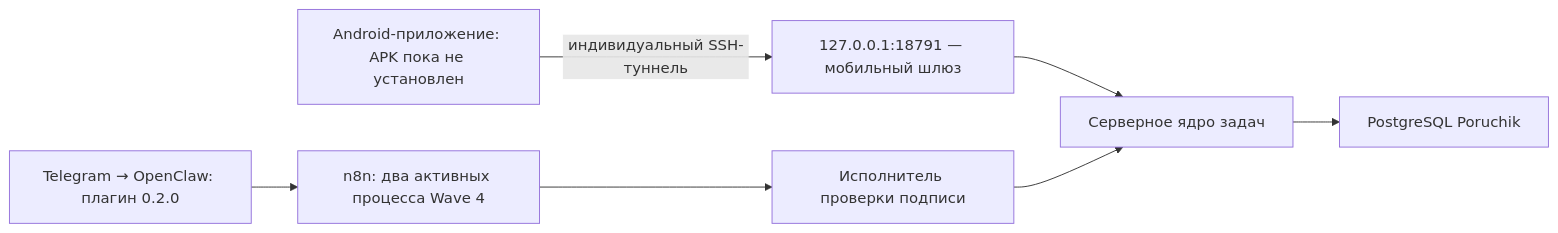
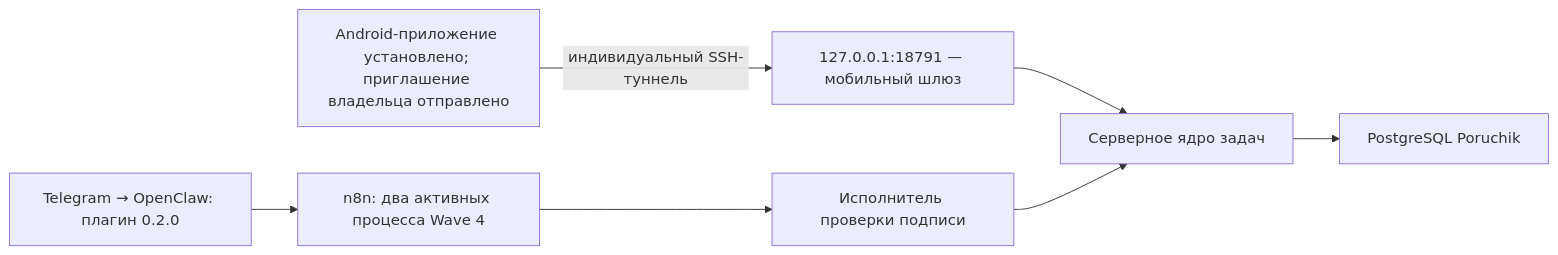
Before and after one commit to DmtrGoltsev/ObsidianVault: the diagram in 02_Знания/Пакеты_контекста/N8NAgents/Android_приложение/16_Манифест_текущего_выпуска_2026-09-01.md, drawn with Mermaid. The commit also changed other lines of this file and 1 other file, not shown here.

Commit message:
docs: зафиксировать подпись Android и FCM Poruchik

````diff
--- a/02_Знания/Пакеты_контекста/N8NAgents/Android_приложение/16_Манифест_текущего_выпуска_2026-09-01.md
+++ b/02_Знания/Пакеты_контекста/N8NAgents/Android_приложение/16_Манифест_текущего_выпуска_2026-09-01.md
@@ -15,9 +15,9 @@
 ```mermaid
 flowchart LR
-    A["Android-приложение: APK пока не установлен"] -->|"индивидуальный SSH-туннель"| B["127.0.0.1:18791 — мобильный шлюз"]
+    A["Android-приложение установлено; приглашение владельца отправлено"] -->|"индивидуальный SSH-туннель"| B["127.0.0.1:18791 — мобильный шлюз"]
     B --> C["Серверное ядро задач"]
     C --> D["PostgreSQL Poruchik"]
     E["Telegram → OpenClaw: плагин 0.2.0"] --> F["n8n: два активных процесса Wave 4"]
     F --> G["Исполнитель проверки подписи"]
     G --> C
 ```
````
